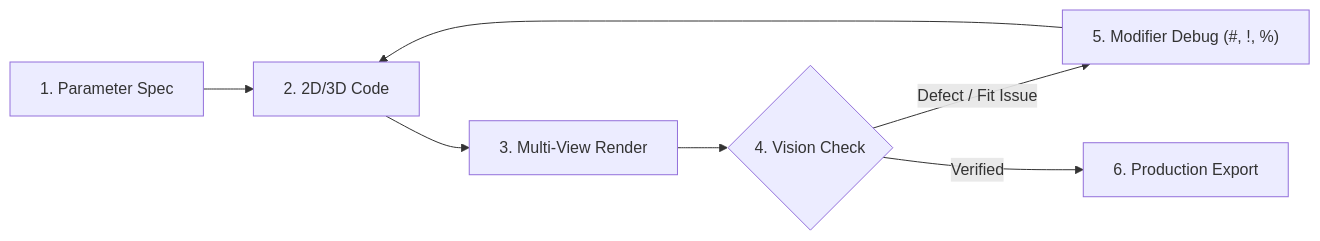
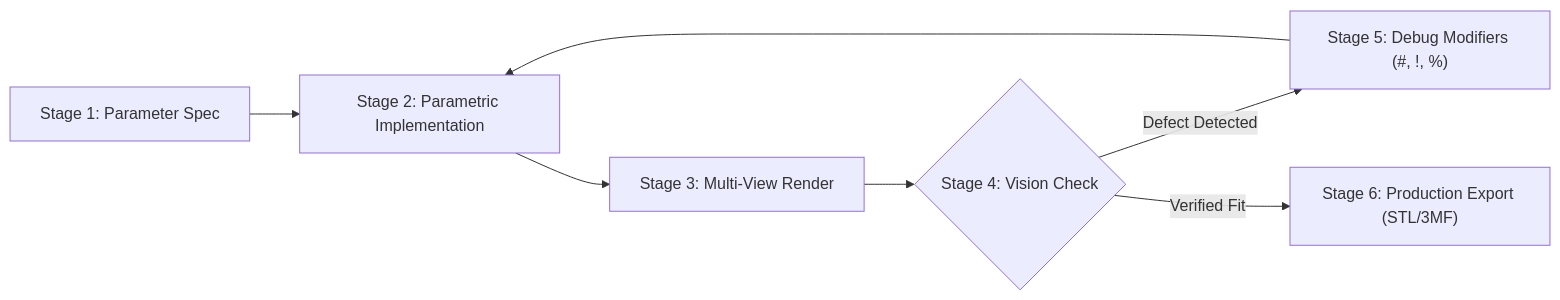
The diagram in pi-agent/Pi_Config/agent/skills/openscad/SKILL.md (skygrip/dotfiles), drawn with Mermaid before and after one commit. The commit also changed other lines of this file and 23 other files, not shown here.

````diff
--- a/pi-agent/Pi_Config/agent/skills/openscad/SKILL.md
+++ b/pi-agent/Pi_Config/agent/skills/openscad/SKILL.md
@@ -503,9 +14,9 @@
 ```mermaid
-graph LR
-    A["1. Parameter Spec"] --> B["2. 2D/3D Code"]
-    B --> C["3. Multi-View Render"]
-    C --> D{"4. Vision Check"}
-    D -- "Defect / Fit Issue" --> E["5. Modifier Debug (#, !, %)"]
+flowchart LR
+    A["Stage 1: Parameter Spec"] --> B["Stage 2: Parametric Implementation"]
+    B --> C["Stage 3: Multi-View Render"]
+    C --> D{"Stage 4: Vision Check"}
+    D -->|"Defect Detected"| E["Stage 5: Debug Modifiers (#, !, %)"]
     E --> B
-    D -- "Verified" --> F["6. Production Export"]
+    D -->|"Verified Fit"| F["Stage 6: Production Export (STL/3MF)"]
 ```
````
